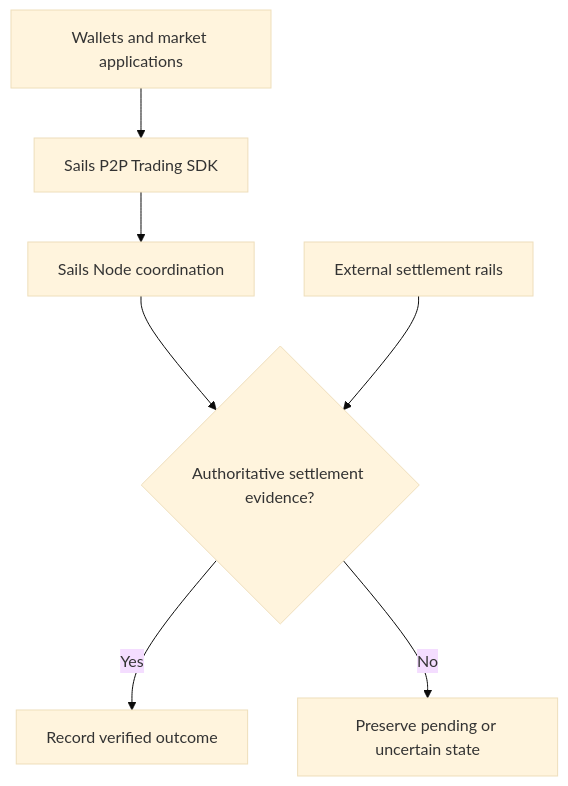
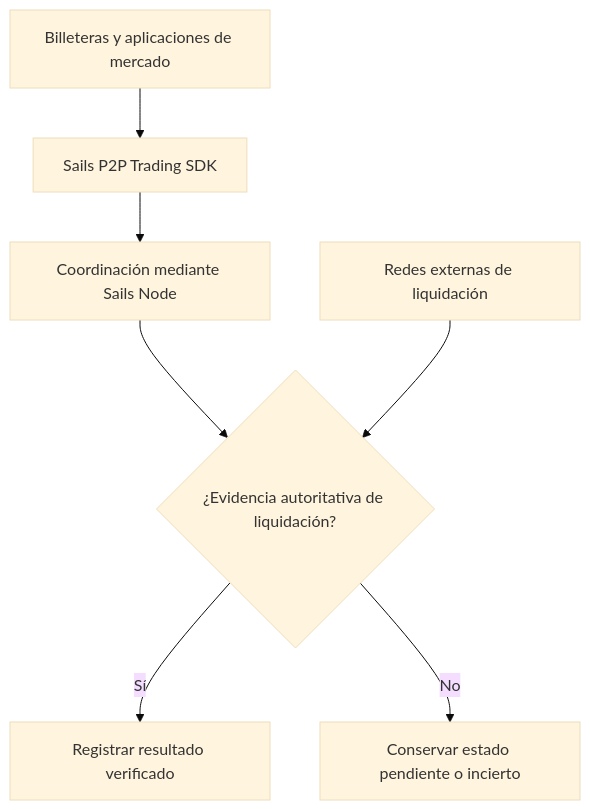
One commit to sails-protocol/Sails-Protocol-Blog changed the diagram in i18n/es/docusaurus-plugin-content-blog/08-economic-coordination-protocol.md. Above: the diagram before and after it, drawn with Mermaid (base theme).

Commit message:
fix(i18n): localize es economic coordination Mermaid labels

````diff
--- a/i18n/es/docusaurus-plugin-content-blog/08-economic-coordination-protocol.md
+++ b/i18n/es/docusaurus-plugin-content-blog/08-economic-coordination-protocol.md
@@ -59,9 +59,9 @@
 ```mermaid
 flowchart TD
-    A[Wallets and market applications] --> B[Sails P2P Trading SDK]
-    B --> C[Sails Node coordination]
-    C --> D{Authoritative settlement evidence?}
-    D -->|Yes| E[Record verified outcome]
-    D -->|No| F[Preserve pending or uncertain state]
-    G[External settlement rails] --> D
+    A[Billeteras y aplicaciones de mercado] --> B[Sails P2P Trading SDK]
+    B --> C[Coordinación mediante Sails Node]
+    C --> D{¿Evidencia autoritativa de liquidación?}
+    D -->|Sí| E[Registrar resultado verificado]
+    D -->|No| F[Conservar estado pendiente o incierto]
+    G[Redes externas de liquidación] --> D
 ```
````
